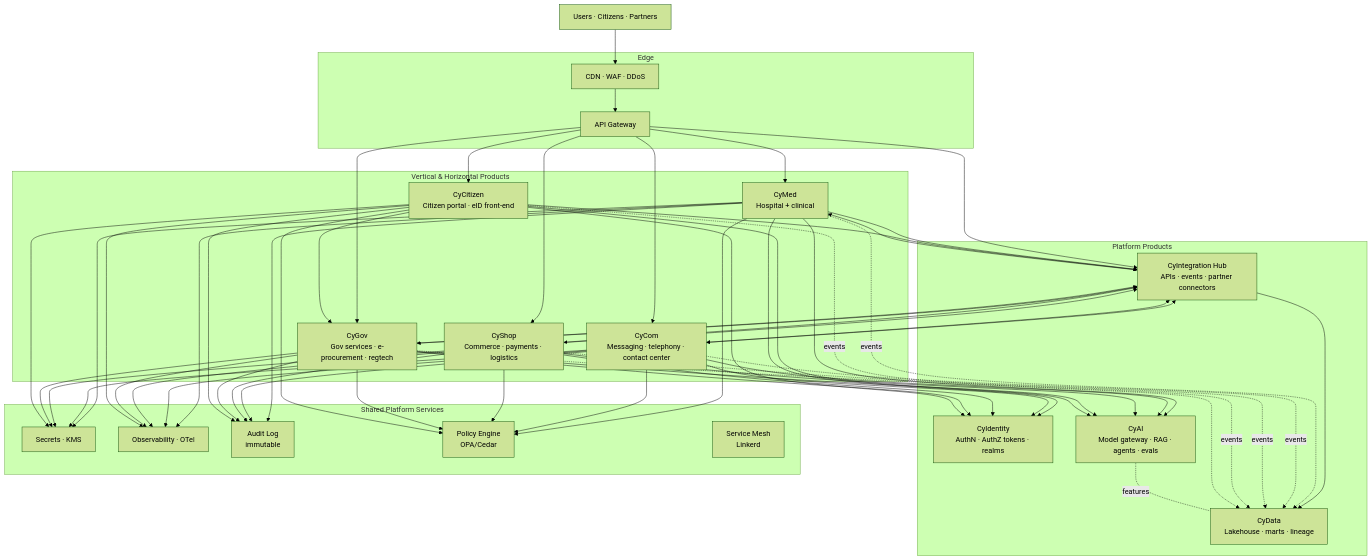
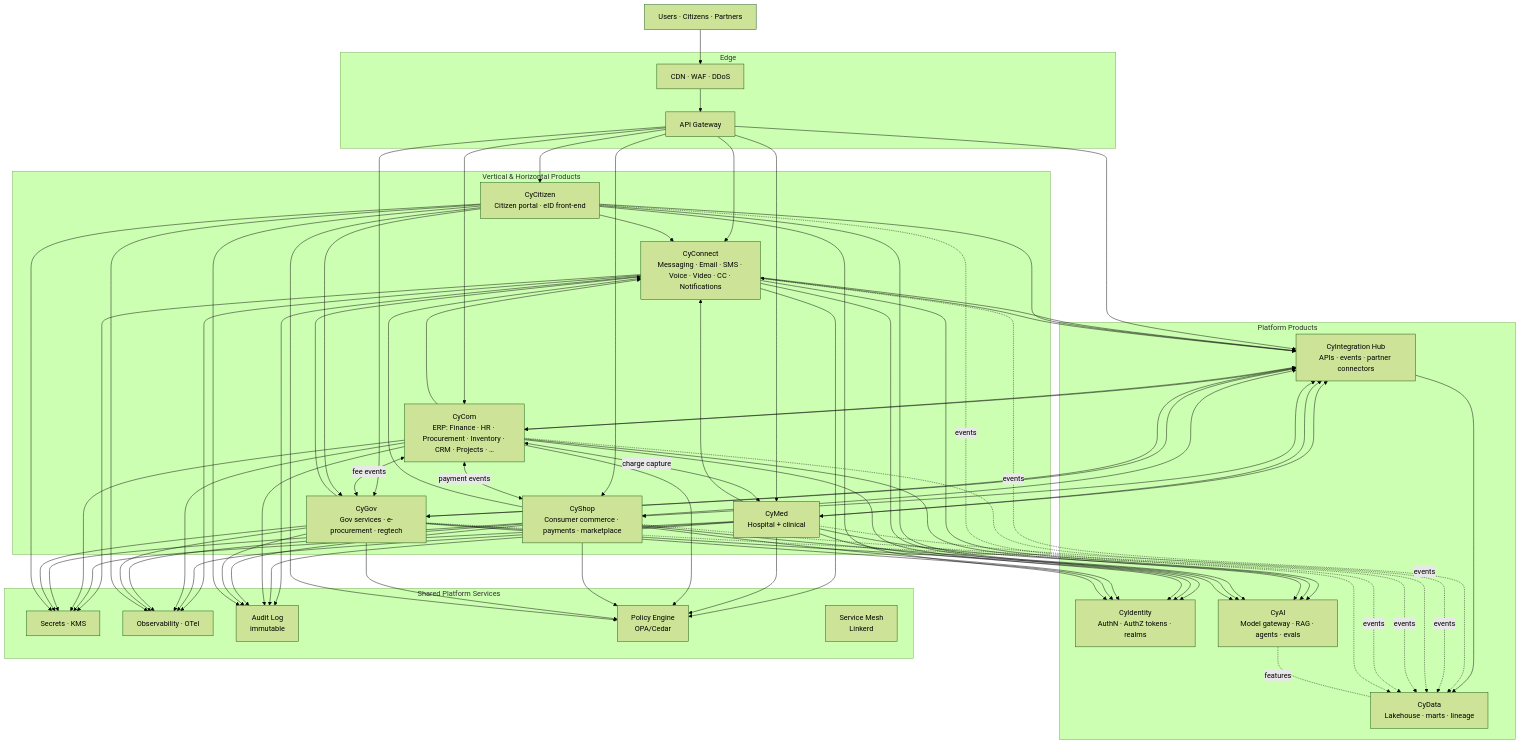
One commit to eng9myan/CyberCom-Platform changed the first of 2 diagrams in docs/architecture/enterprise_product_architecture.md. Above: the diagram before and after it, drawn with Mermaid (forest theme). The commit also changed other lines of this file and 9 other files, not shown here.

First line of the commit message:
docs(adr,architecture,platforms): apply Architecture Board correction (ADR-0018 + ADR-0019)

````diff
--- a/docs/architecture/enterprise_product_architecture.md
+++ b/docs/architecture/enterprise_product_architecture.md
@@ -44,49 +50,54 @@
 ```mermaid
 flowchart TB
   subgraph EDGE[Edge]
     WAF[CDN · WAF · DDoS]
     GW[API Gateway]
   end
 
   subgraph PLATFORM[Platform Products]
     ID[CyIdentity<br/>AuthN · AuthZ tokens · realms]
     HUB[CyIntegration Hub<br/>APIs · events · partner connectors]
     DATA[CyData<br/>Lakehouse · marts · lineage]
     AI[CyAI<br/>Model gateway · RAG · agents · evals]
   end
 
   subgraph VERTICAL[Vertical & Horizontal Products]
+    CONNECT[CyConnect<br/>Messaging · Email · SMS · Voice · Video · CC · Notifications]
     MED[CyMed<br/>Hospital + clinical]
-    COM[CyCom<br/>Messaging · telephony · contact center]
-    SHOP[CyShop<br/>Commerce · payments · logistics]
+    CYCOM[CyCom<br/>ERP: Finance · HR · Procurement · Inventory · CRM · Projects · …]
+    SHOP[CyShop<br/>Consumer commerce · payments · marketplace]
     GOV[CyGov<br/>Gov services · e-procurement · regtech]
     CIT[CyCitizen<br/>Citizen portal · eID front-end]
   end
 
   subgraph SHARED[Shared Platform Services]
     SEC[Secrets · KMS]
     OBS[Observability · OTel]
     AUD[Audit Log<br/>immutable]
     POL[Policy Engine<br/>OPA/Cedar]
     MESH[Service Mesh<br/>Linkerd]
   end
 
   USER[Users · Citizens · Partners] --> WAF --> GW
-  GW --> MED & COM & SHOP & GOV & CIT
+  GW --> CONNECT & MED & CYCOM & SHOP & GOV & CIT
   GW --> HUB
 
-  MED & COM & SHOP & GOV & CIT --> ID
-  MED & COM & SHOP & GOV & CIT --> HUB
-  MED & COM & SHOP & GOV & CIT --> AI
-  MED & COM & SHOP & GOV & CIT --> POL
-  MED & COM & SHOP & GOV & CIT --> AUD
-  MED & COM & SHOP & GOV & CIT --> OBS
-  MED & COM & SHOP & GOV & CIT --> SEC
+  CONNECT & MED & CYCOM & SHOP & GOV & CIT --> ID
+  CONNECT & MED & CYCOM & SHOP & GOV & CIT --> HUB
+  CONNECT & MED & CYCOM & SHOP & GOV & CIT --> AI
+  CONNECT & MED & CYCOM & SHOP & GOV & CIT --> POL
+  CONNECT & MED & CYCOM & SHOP & GOV & CIT --> AUD
+  CONNECT & MED & CYCOM & SHOP & GOV & CIT --> OBS
+  CONNECT & MED & CYCOM & SHOP & GOV & CIT --> SEC
 
-  HUB <--> MED & COM & SHOP & GOV
+  HUB <--> CONNECT & MED & CYCOM & SHOP & GOV
   HUB --> DATA
-  MED & COM & SHOP & GOV & CIT -. events .-> DATA
+  CONNECT & MED & CYCOM & SHOP & GOV & CIT -. events .-> DATA
   AI -. features .- DATA
 
+  MED & CYCOM & SHOP & GOV & CIT --> CONNECT
+  CYCOM <-- payment events --> SHOP
+  CYCOM <-- charge capture --> MED
+  CYCOM <-- fee events --> GOV
   CIT --> GOV
 ```
````
